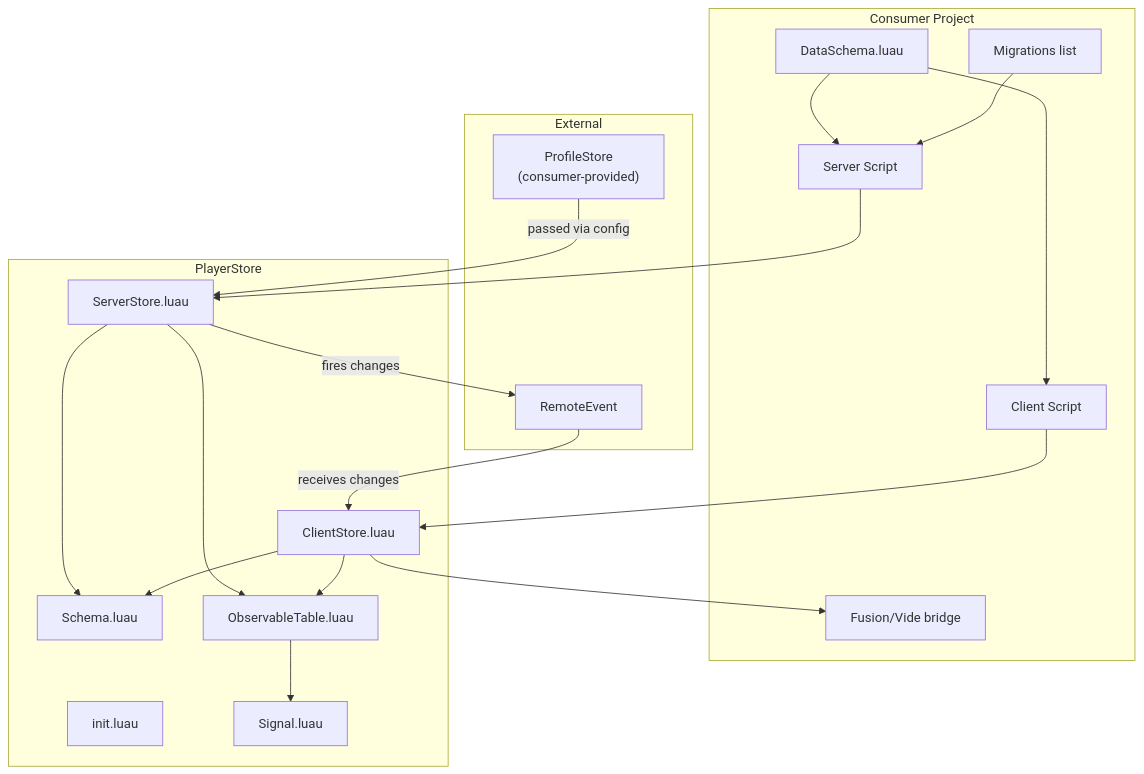
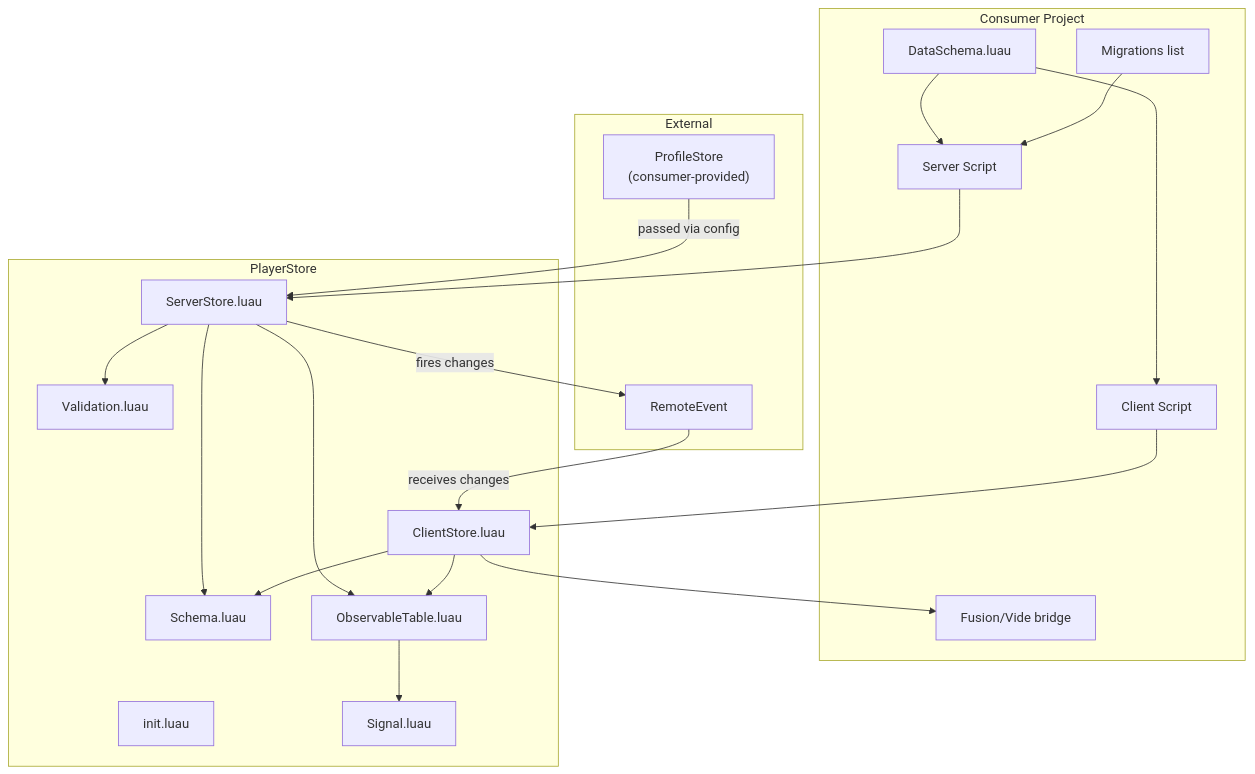
Before and after one commit to daireb/PlayerStore: the first of 2 diagrams in ARCHITECTURE.md, drawn with Mermaid. The commit also changed other lines of this file and 8 other files, not shown here.

````diff
--- a/ARCHITECTURE.md
+++ b/ARCHITECTURE.md
@@ -5,39 +5,41 @@
 ```mermaid
 flowchart TD
     subgraph consumer [Consumer Project]
         SchemaFile["DataSchema.luau"]
         Migrations["Migrations list"]
         ServerScript["Server Script"]
         ClientScript["Client Script"]
         UIBridge["Fusion/Vide bridge"]
     end
 
     subgraph library [PlayerStore]
         Init["init.luau"]
         SchemaModule["Schema.luau"]
         ServerStore["ServerStore.luau"]
         ClientStoreModule["ClientStore.luau"]
         OT["ObservableTable.luau"]
+        Val["Validation.luau"]
         Sig["Signal.luau"]
     end
 
     subgraph external [External]
         PS["ProfileStore\n(consumer-provided)"]
         RE["RemoteEvent"]
     end
 
     SchemaFile --> ServerScript
     SchemaFile --> ClientScript
     Migrations --> ServerScript
     ServerScript --> ServerStore
     ClientScript --> ClientStoreModule
     ClientStoreModule --> UIBridge
     ServerStore --> OT
+    ServerStore --> Val
     ClientStoreModule --> OT
     OT --> Sig
     ServerStore --> SchemaModule
     ClientStoreModule --> SchemaModule
     ServerStore -->|"fires changes"| RE
     RE -->|"receives changes"| ClientStoreModule
     PS -->|"passed via config"| ServerStore
 ```
````
